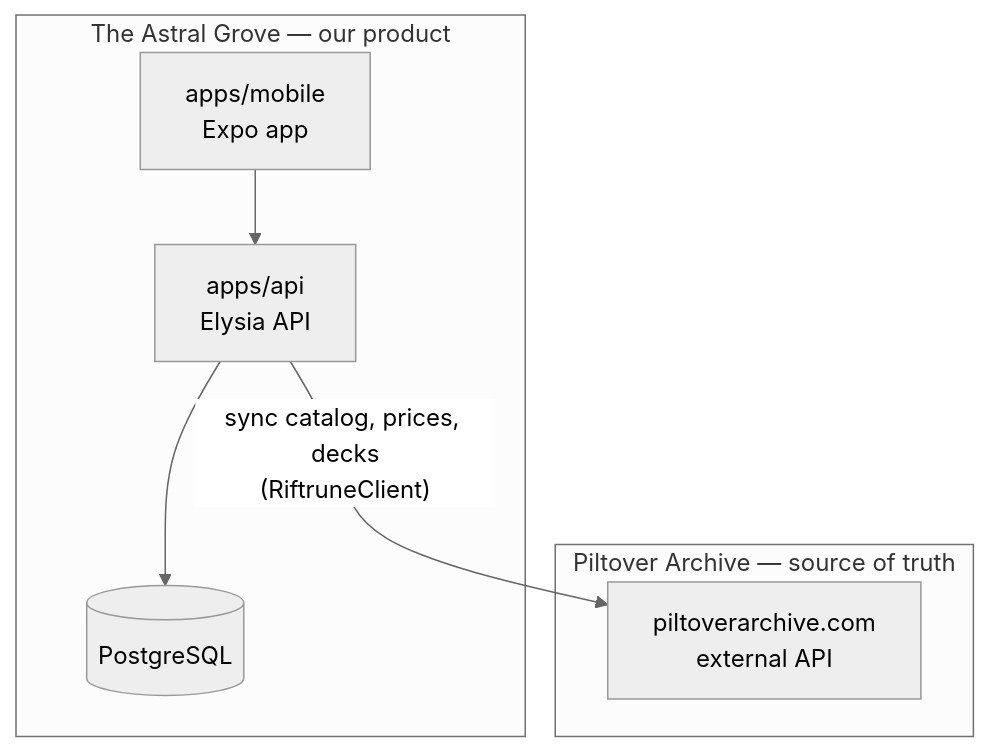
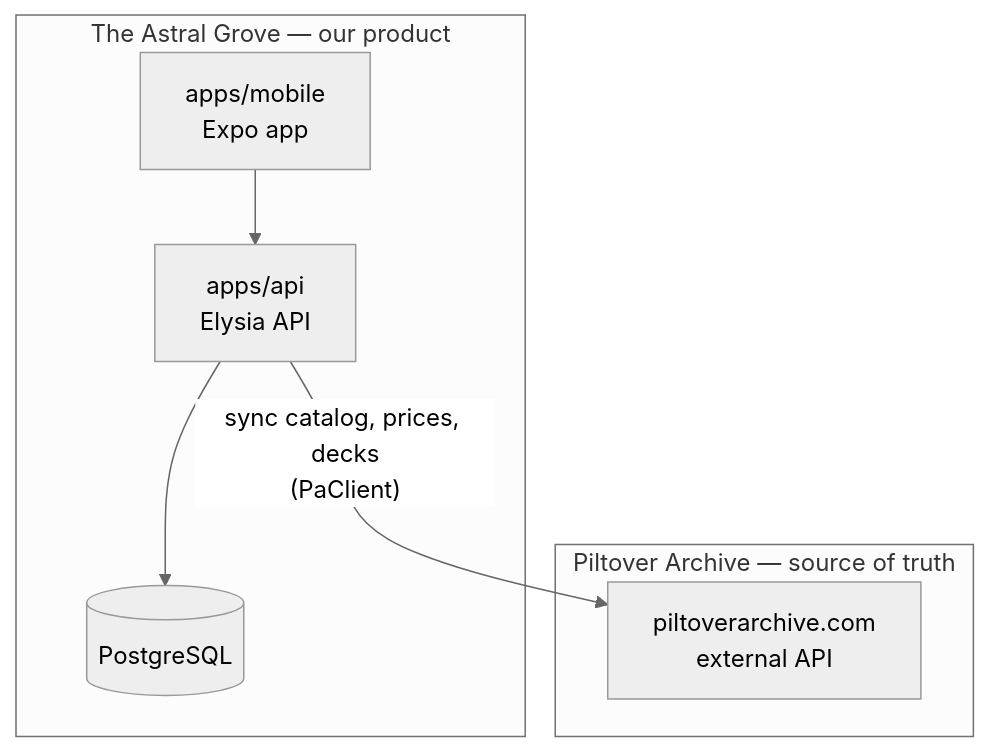
One commit to IIRoan/riftrune changed the first of 2 diagrams in AGENTS.md. Above: the diagram before and after it, drawn with Mermaid (neutral theme). The commit also changed other lines of this file and 27 other files, not shown here.

````diff
--- a/AGENTS.md
+++ b/AGENTS.md
@@ -49,15 +49,15 @@
 ```mermaid
 flowchart TB
   subgraph astralGrove [The Astral Grove — our product]
     Mobile["apps/mobile\nExpo app"]
     API["apps/api\nElysia API"]
     DB[(PostgreSQL)]
     Mobile --> API --> DB
   end
 
   subgraph upstream [Piltover Archive — source of truth]
     PA["piltoverarchive.com\nexternal API"]
   end
 
-  API -->|"sync catalog, prices, decks\n(RiftruneClient)"| PA
+  API -->|"sync catalog, prices, decks\n(PaClient)"| PA
 ```
````
